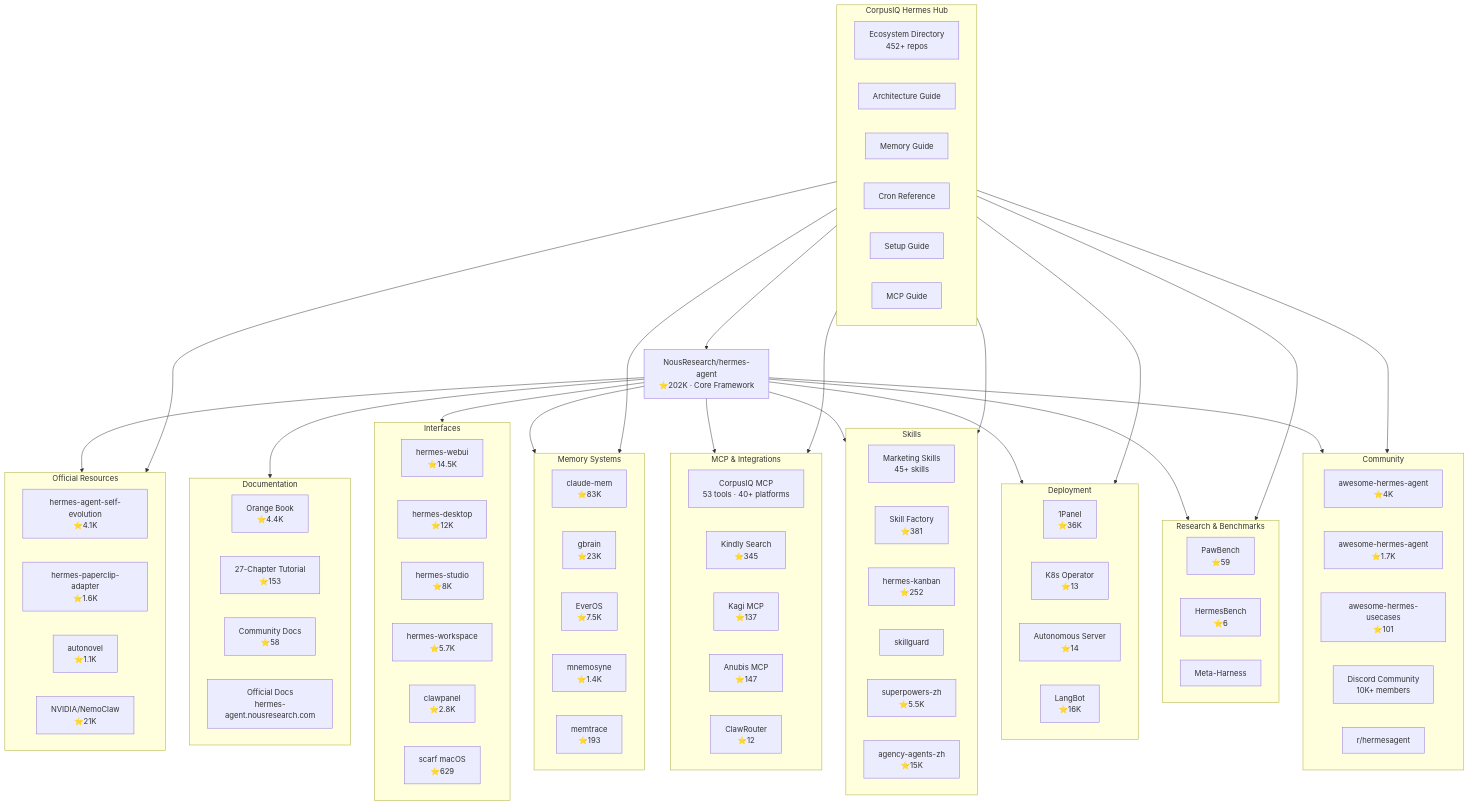
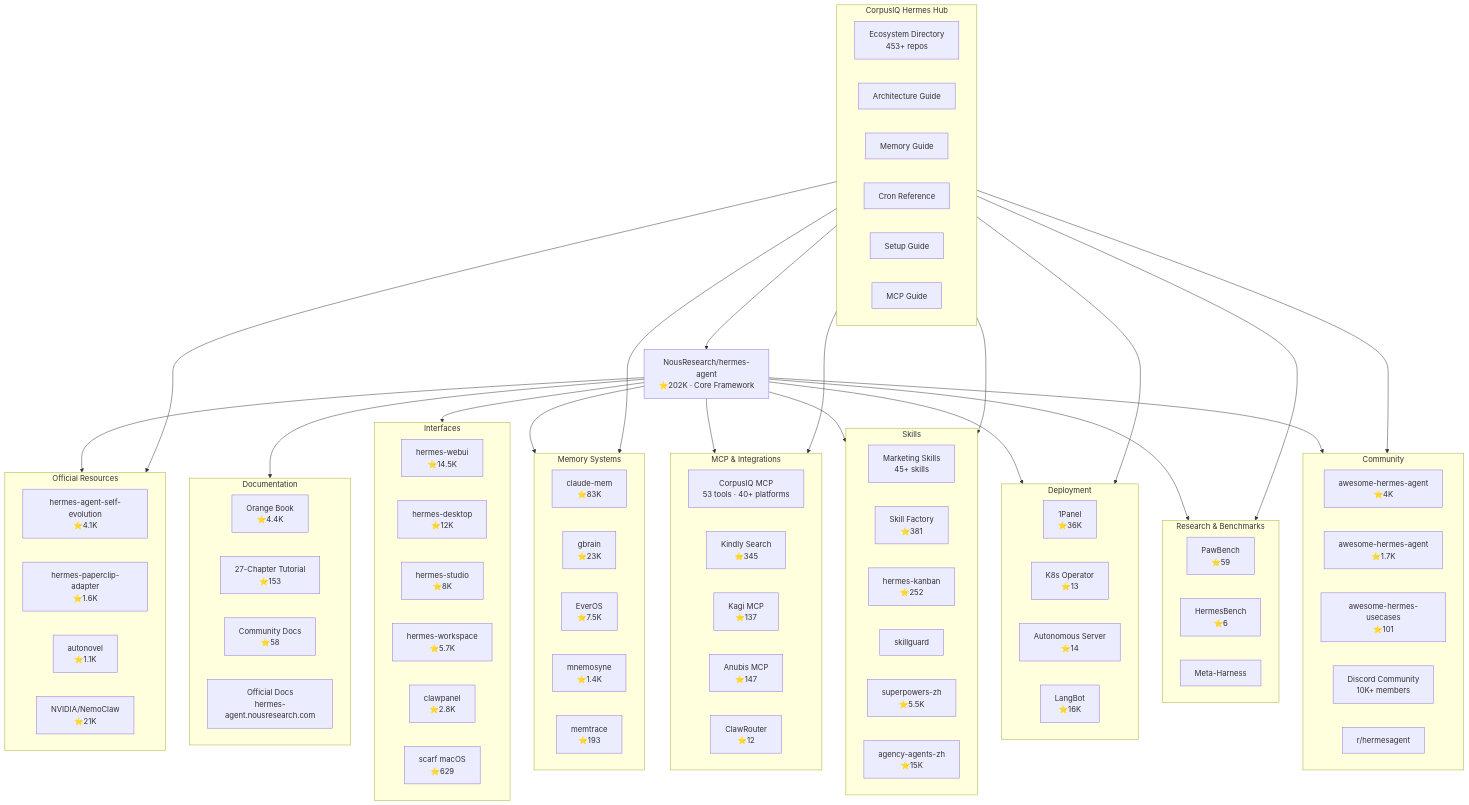
One commit to CorpusIQ/corpusiq-docs changed the first of 4 diagrams in hermes/ecosystem-map.md. Above: the diagram before and after it, drawn with Mermaid. The commit also changed other lines of this file and 36 other files, not shown here.

```diff
--- a/hermes/ecosystem-map.md
+++ b/hermes/ecosystem-map.md
@@ -88,7 +88,7 @@
     end
 
     subgraph CORPUSIQ_HUB[CorpusIQ Hermes Hub]
-        ECOSYSTEM[Ecosystem Directory<br/>452+ repos]
+        ECOSYSTEM[Ecosystem Directory<br/>453+ repos]
         ARCHITECTURE[Architecture Guide]
         KNOWLEDGE[Memory Guide]
         CRONS[Cron Reference]
```
